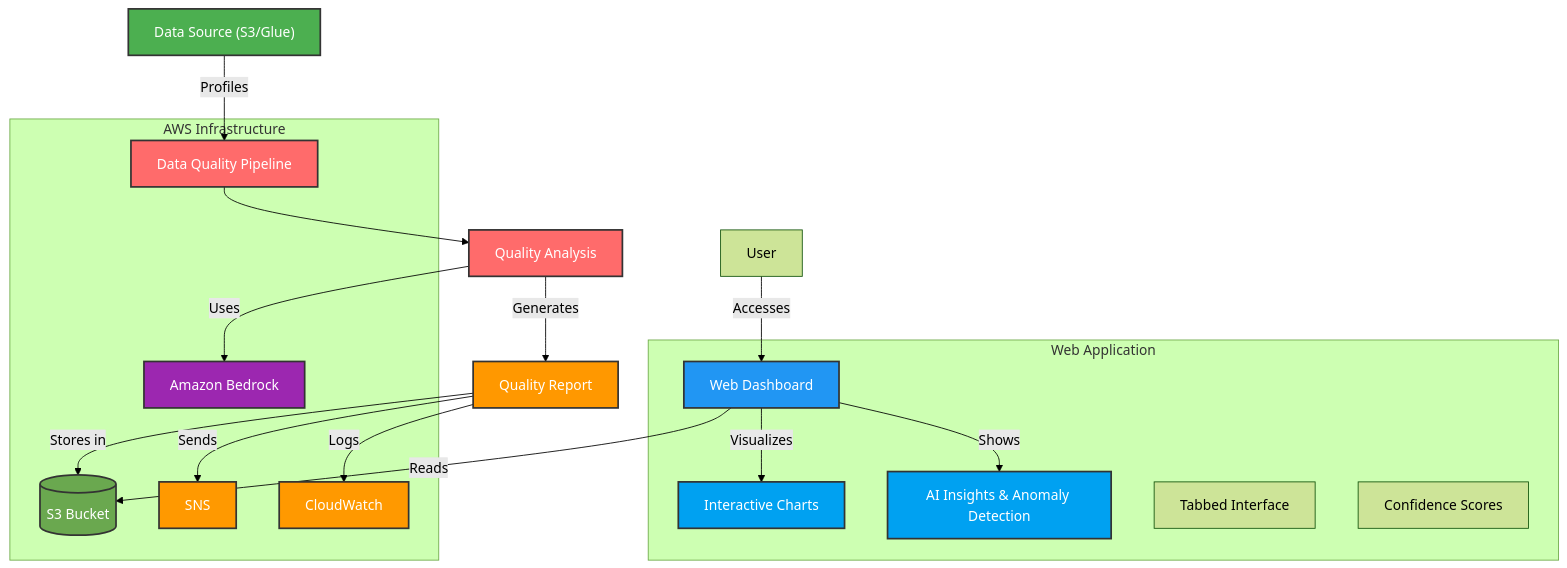
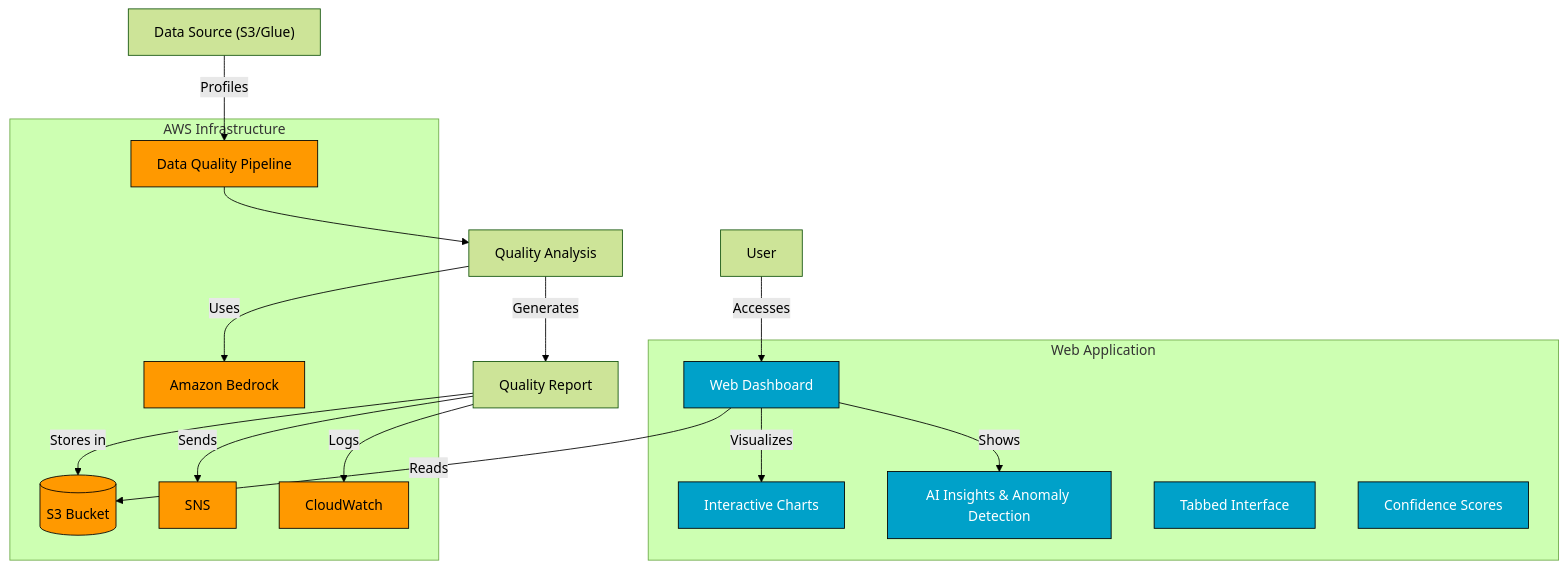
The diagram in README.md (ninjin-nerguidavaa/aws-bedrock-ai-data-quality), drawn with Mermaid (forest theme) before and after one commit. The commit also changed other lines of this file and 2 other files, not shown here.

Commit message:
Implement code changes to enhance functionality and improve performance

````diff
--- a/README.md
+++ b/README.md
@@ -22,51 +22,41 @@
 ```mermaid
 graph TD
     %% Data Flow
     A["Data Source (S3/Glue)"] -->|Profiles| B[Data Quality Pipeline]
     B --> C[Quality Analysis]
     C -->|Uses| D[Amazon Bedrock Claude 2.1]
     C -->|Generates| E[Quality Report]
     E -->|Stores in| F[(S3 Bucket)]
     
     %% User Interaction
     G[User] -->|Accesses| H[Web Dashboard]
     H -->|Reads| F
     H -->|Visualizes| I[Interactive Charts]
     H -->|Shows| J[AI Insights & Anomaly Detection]
     
     %% Notifications
     E -->|Sends| K[SNS Alerts]
     E -->|Logs| L[CloudWatch]
     
     subgraph "AWS Infrastructure"
         B[Data Quality Pipeline]
         D[Amazon Bedrock]
         F[(S3 Bucket)]
         K[SNS]
         L[CloudWatch]
     end
     
     subgraph "Web Application"
         H[Web Dashboard]
         I[Interactive Charts]
         J[AI Insights & Anomaly Detection]
         M[Tabbed Interface]
         N[Confidence Scores]
     end
     
     %% Styling
-    classDef aws fill:#FF9900,stroke:#333,stroke-width:2px,color:white
-    classDef app fill:#00A1F1,stroke:#333,stroke-width:2px,color:white
-    classDef storage fill:#6AA84F,stroke:#333,stroke-width:2px,color:white
-    classDef process fill:#FF6B6B,stroke:#333,stroke-width:2px,color:white
-    
-    class A,D,K,L aws;
-    class H,I,J app;
-    class F storage;
-    class B,C,E process;
-    
-    style A fill:#4CAF50,stroke:#333,stroke-width:2px
-    style D fill:#9C27B0,stroke:#333,stroke-width:2px
-    style H fill:#2196F3,stroke:#333,stroke-width:2px
-    style E fill:#FF9800,stroke:#333,stroke-width:2px
+    classDef aws fill:#FF9900,color:#000,stroke:#000,stroke-width:1px;
+    classDef web fill:#00A1C9,color:#fff,stroke:#000,stroke-width:1px;
+    class B,D,F,K,L aws;
+    class H,I,J,M,N web;
 ```
````
